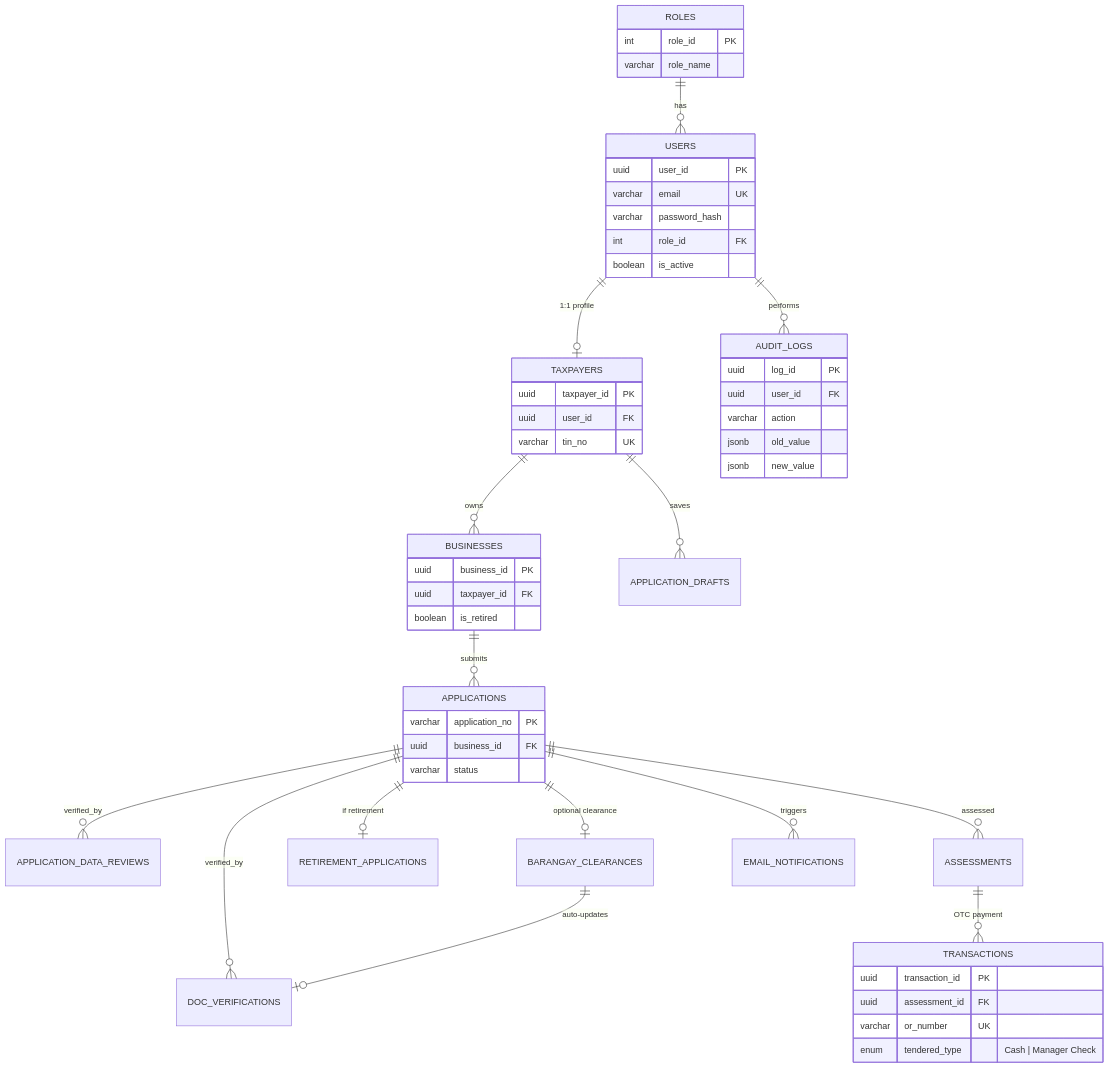
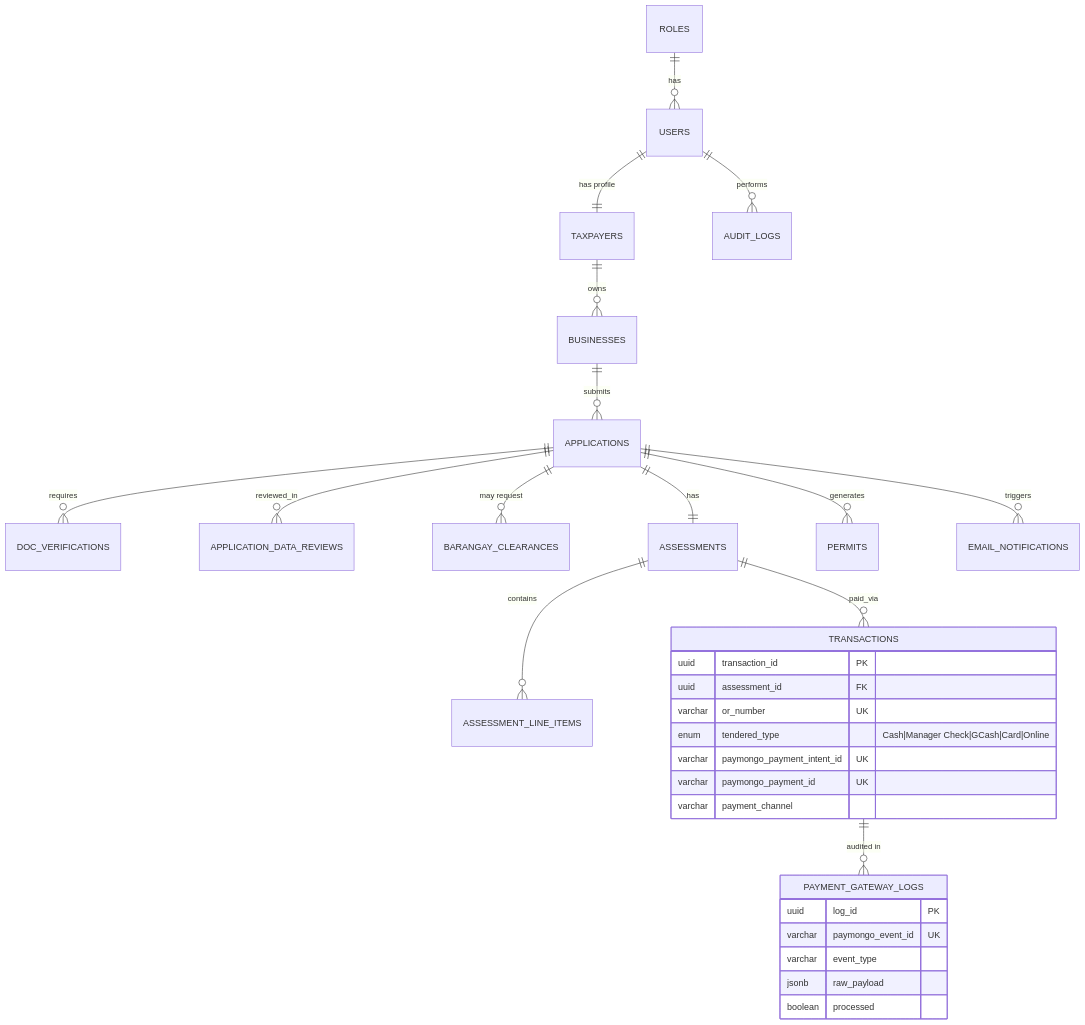
One commit to albuerocedrick/ebpls changed the fourth of 6 diagrams in system-planning/eBPLS_System_Architecture.md. Above: the diagram before and after it, drawn with Mermaid. The commit also changed other lines of this file and 3 other files, not shown here.

````diff
--- a/system-planning/eBPLS_System_Architecture.md
+++ b/system-planning/eBPLS_System_Architecture.md
@@ -245,57 +279,34 @@
 ```mermaid
 erDiagram
     ROLES ||--o{ USERS : has
-    USERS ||--o| TAXPAYERS : "1:1 profile"
+    USERS ||--|| TAXPAYERS : "has profile"
     TAXPAYERS ||--o{ BUSINESSES : owns
-    TAXPAYERS ||--o{ APPLICATION_DRAFTS : saves
     BUSINESSES ||--o{ APPLICATIONS : submits
-    APPLICATIONS ||--o{ DOC_VERIFICATIONS : verified_by
-    APPLICATIONS ||--o{ APPLICATION_DATA_REVIEWS : verified_by
-    APPLICATIONS ||--o| BARANGAY_CLEARANCES : "optional clearance"
-    BARANGAY_CLEARANCES ||--o| DOC_VERIFICATIONS : "auto-updates"
-    APPLICATIONS ||--o| RETIREMENT_APPLICATIONS : "if retirement"
-    APPLICATIONS ||--o{ ASSESSMENTS : assessed
-    ASSESSMENTS ||--o{ TRANSACTIONS : "OTC payment"
+    APPLICATIONS ||--o{ DOC_VERIFICATIONS : requires
+    APPLICATIONS ||--o{ APPLICATION_DATA_REVIEWS : reviewed_in
+    APPLICATIONS ||--o{ BARANGAY_CLEARANCES : "may request"
+    APPLICATIONS ||--|| ASSESSMENTS : has
+    ASSESSMENTS ||--o{ ASSESSMENT_LINE_ITEMS : contains
+    ASSESSMENTS ||--o{ TRANSACTIONS : paid_via
+    TRANSACTIONS ||--o{ PAYMENT_GATEWAY_LOGS : "audited in"
+    APPLICATIONS ||--o{ PERMITS : generates
     APPLICATIONS ||--o{ EMAIL_NOTIFICATIONS : triggers
     USERS ||--o{ AUDIT_LOGS : performs
 
-    ROLES {
-        int role_id PK
-        varchar role_name
-    }
-    USERS {
-        uuid user_id PK
-        varchar email UK
-        varchar password_hash
-        int role_id FK
-        boolean is_active
-    }
-    TAXPAYERS {
-        uuid taxpayer_id PK
-        uuid user_id FK
-        varchar tin_no UK
-    }
-    BUSINESSES {
-        uuid business_id PK
-        uuid taxpayer_id FK
-        boolean is_retired
-    }
-    APPLICATIONS {
-        varchar application_no PK
-        uuid business_id FK
-        varchar status
-    }
     TRANSACTIONS {
         uuid transaction_id PK
         uuid assessment_id FK
         varchar or_number UK
-        enum tendered_type "Cash | Manager Check"
+        enum tendered_type "Cash|Manager Check|GCash|Card|Online"
+        varchar paymongo_payment_intent_id UK
+        varchar paymongo_payment_id UK
+        varchar payment_channel
     }
-    AUDIT_LOGS {
+    PAYMENT_GATEWAY_LOGS {
         uuid log_id PK
-        uuid user_id FK
-        varchar action
-        jsonb old_value
-        jsonb new_value
+        varchar paymongo_event_id UK
+        varchar event_type
+        jsonb raw_payload
+        boolean processed
     }
 ```
````
